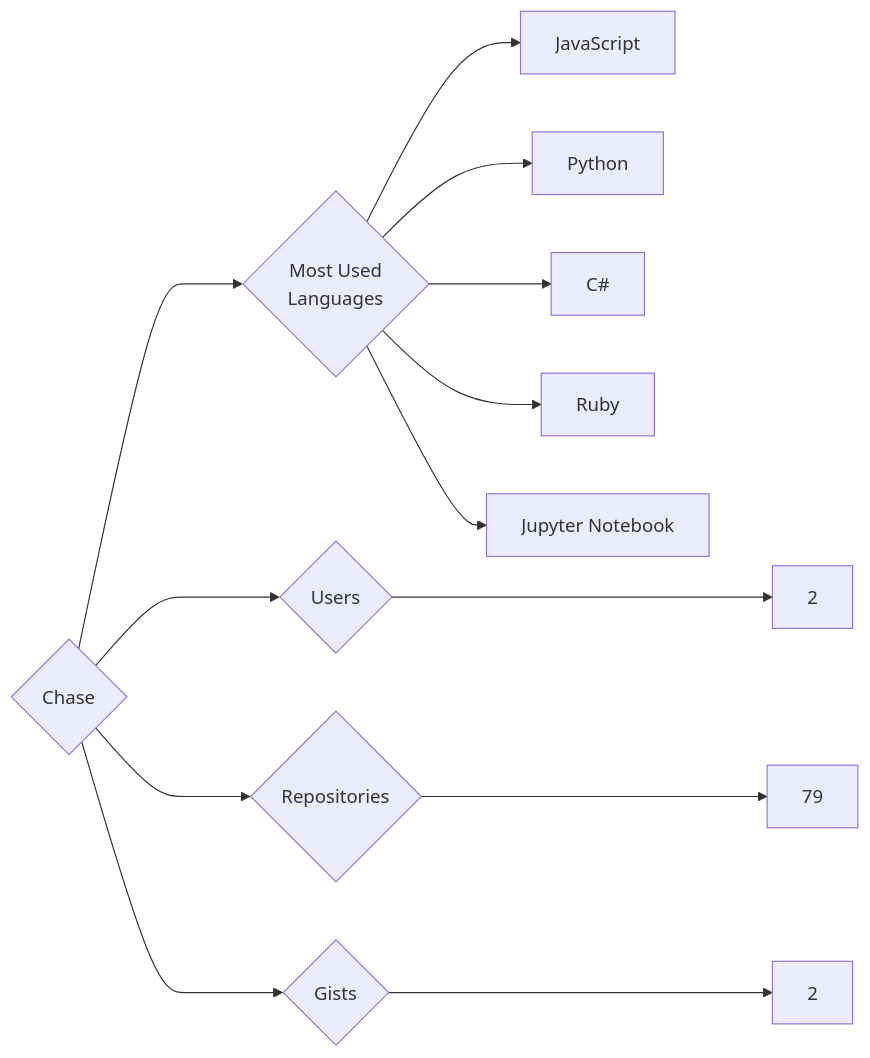
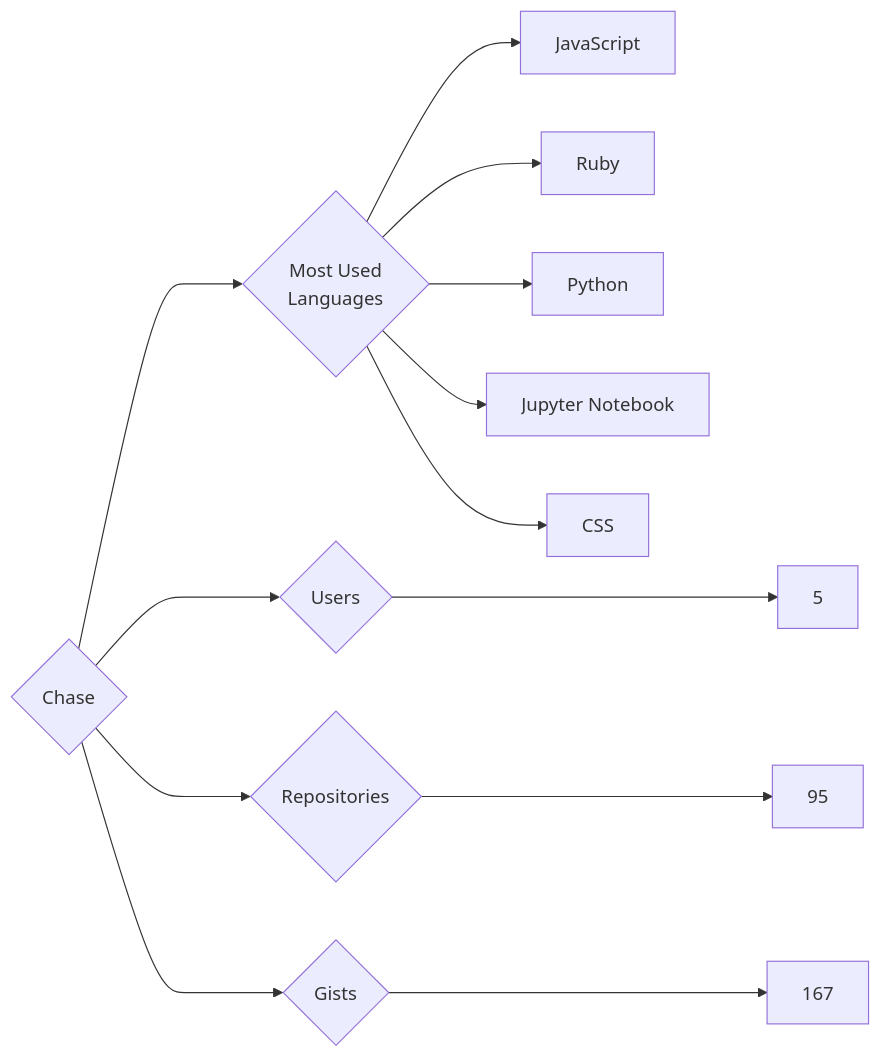
The diagram in targets/Chase/README.md (trickest/insiders), drawn with Mermaid before and after one commit. The commit also changed 1149 other files, not shown here.

````diff
--- a/targets/Chase/README.md
+++ b/targets/Chase/README.md
@@ -3,13 +3,13 @@
 ```mermaid
 graph LR
 COMPANY_NAME{Chase}
-COMPANY_NAME ---> U{Users} ---> UN[2]
-COMPANY_NAME ---> R{Repositories} ---> RN[79]
-COMPANY_NAME ---> G{Gists} ---> GN[2]
+COMPANY_NAME ---> U{Users} ---> UN[5]
+COMPANY_NAME ---> R{Repositories} ---> RN[95]
+COMPANY_NAME ---> G{Gists} ---> GN[167]
 COMPANY_NAME ---> ML{Most Used<br>Languages}
 ML --> JavaScript[JavaScript]
+ML --> Ruby[Ruby]
 ML --> Python[Python]
-ML --> C#[C#]
-ML --> Ruby[Ruby]
 ML --> Jupyter_Notebook[Jupyter Notebook]
+ML --> CSS[CSS]
 ```
````
